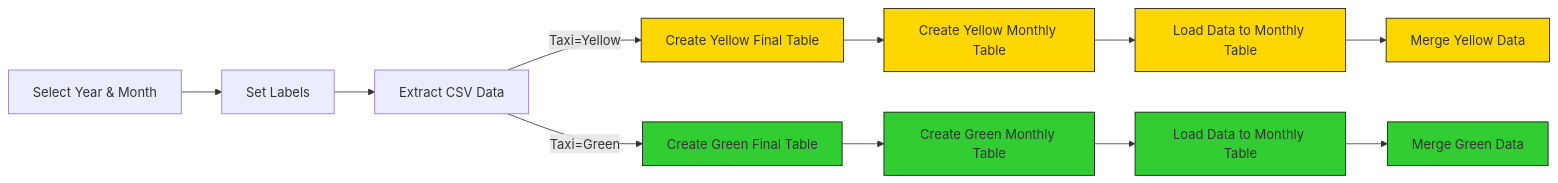
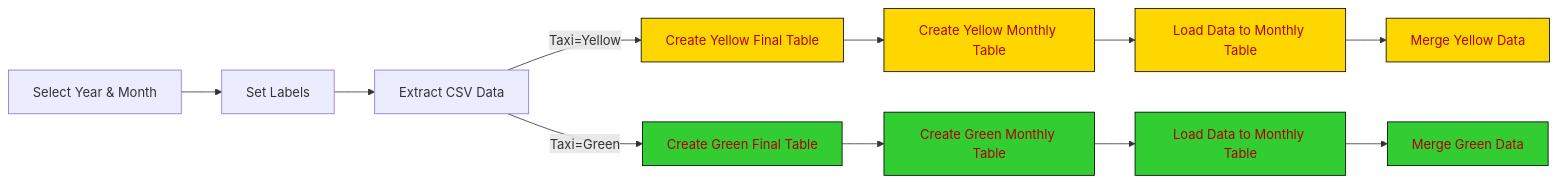
One commit to denis911/de2-kestra-postgres-bigquery-docker-compose-full-de-pipeline-orchestration changed the second of 2 diagrams in README.md. Above: the diagram before and after it, drawn with Mermaid.

````diff
--- a/README.md
+++ b/README.md
@@ -111,16 +111,16 @@
 ```mermaid
 graph LR
   Start[Select Year & Month] --> SetLabel[Set Labels]
   SetLabel --> Extract[Extract CSV Data]
   Extract -->|Taxi=Yellow| YellowFinalTable[Create Yellow Final Table]:::yellow
   Extract -->|Taxi=Green| GreenFinalTable[Create Green Final Table]:::green
   YellowFinalTable --> YellowMonthlyTable[Create Yellow Monthly Table]:::yellow
   GreenFinalTable --> GreenMonthlyTable[Create Green Monthly Table]:::green
   YellowMonthlyTable --> YellowCopyIn[Load Data to Monthly Table]:::yellow
   GreenMonthlyTable --> GreenCopyIn[Load Data to Monthly Table]:::green
   YellowCopyIn --> YellowMerge[Merge Yellow Data]:::yellow
   GreenCopyIn --> GreenMerge[Merge Green Data]:::green
 
-  classDef yellow fill:#FFD700,stroke:#111,stroke-width:1px;
-  classDef green fill:#32CD32,stroke:#111,stroke-width:1px;
+  classDef yellow fill:#FFD700,stroke:#000,stroke-width:1px,color:#B00000;
+  classDef green fill:#32CD32,stroke:#000,stroke-width:1px,color:#B00000;
 ```
````
